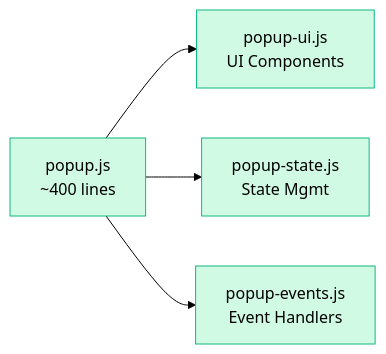
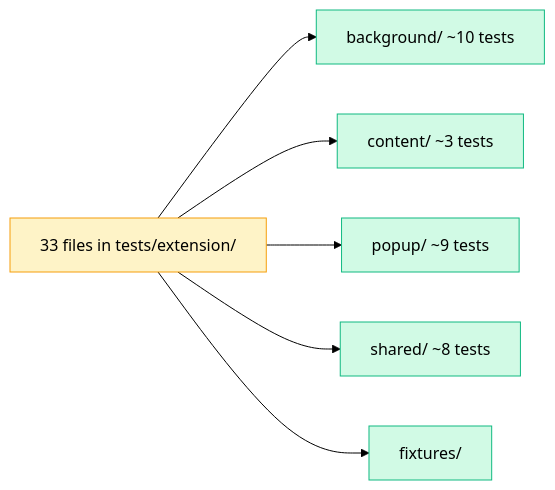
The diagram in qwin-audit.md (Drakaniia/qwen), drawn with Mermaid (forest theme) before and after one commit. The commit also changed other lines of this file and 1 other file, not shown here.

````diff
--- a/qwin-audit.md
+++ b/qwin-audit.md
@@ -70,12 +169,18 @@
-```mermaid
-flowchart LR
-  popup_js[popup.js<br/>~400 lines]
-  popup_ui[popup-ui.js<br/>UI Components]
-  popup_state[popup-state.js<br/>State Mgmt]
-  popup_events[popup-events.js<br/>Event Handlers]
-  popup_js --> popup_ui
-  popup_js --> popup_state
-  popup_js --> popup_events
-  classDef added fill:#d1fae5,stroke:#10b981
-  class popup_js,popup_ui,popup_state,popup_events added
-```
+  ```mermaid
+  flowchart LR
+    A[33 files in tests/extension/]
+    B[background/ ~10 tests]
+    C[content/ ~3 tests]
+    D[popup/ ~9 tests]
+    E[shared/ ~8 tests]
+    F[fixtures/]
+    A --> B
+    A --> C
+    A --> D
+    A --> E
+    A --> F
+    classDef warning fill:#fef3c7,stroke:#f59e0b
+    classDef added fill:#d1fae5,stroke:#10b981
+    class A warning
+    class B,C,D,E,F added
+  ```
````
